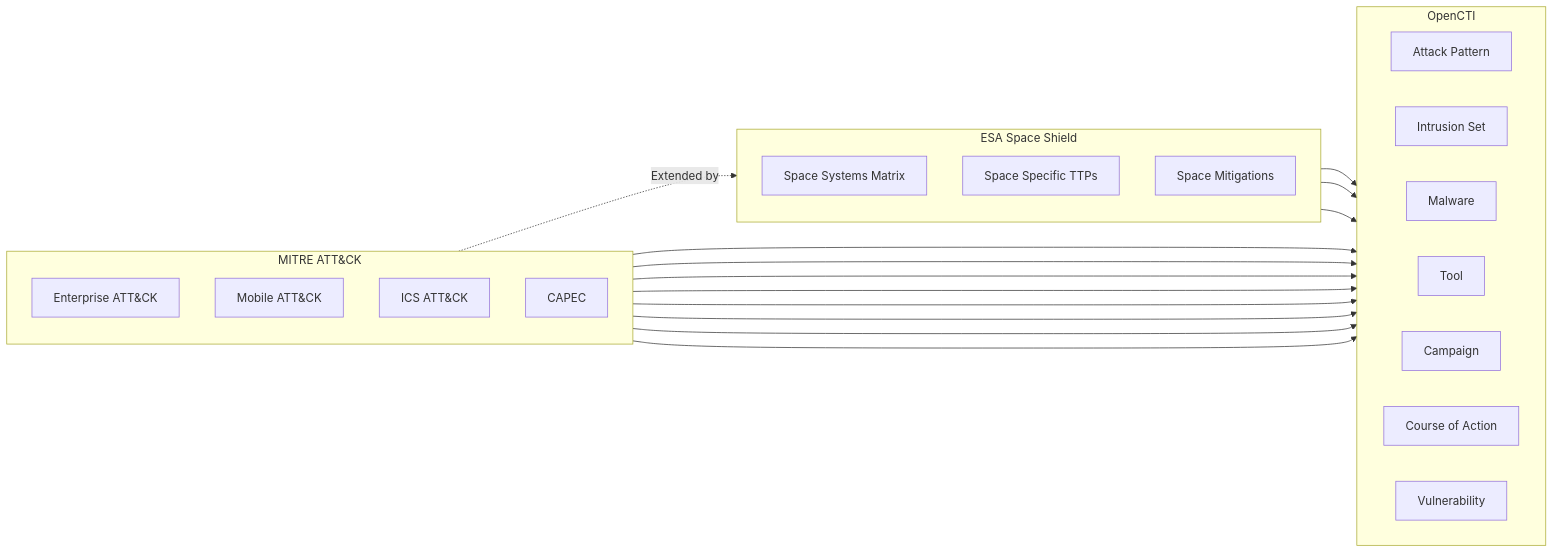
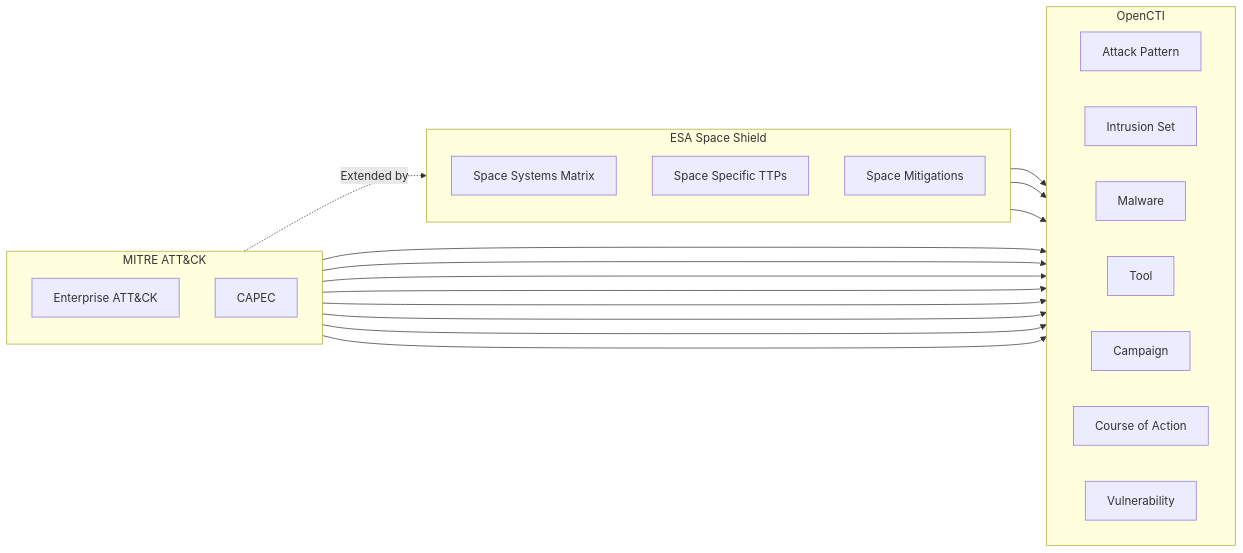
Before and after one commit to SERLABUniba/opencti_connector_spaceshield: the diagram in README.md, drawn with Mermaid.

````diff
--- a/README.md
+++ b/README.md
@@ -148,49 +148,47 @@
 ```mermaid
 graph LR
     subgraph MITRE_GitHub [MITRE ATT&CK]
         direction TB
         Enterprise[Enterprise ATT&CK]
-        Mobile[Mobile ATT&CK]
-        ICS[ICS ATT&CK]
         CAPEC[CAPEC]
     end
 
     subgraph ESA_SpaceShield [ESA Space Shield]
         direction TB
         SpaceMatrix[Space Systems Matrix]
         SpaceTechniques[Space Specific TTPs]
         SpaceMitigations[Space Mitigations]
     end
 
     subgraph OpenCTI_Entities [OpenCTI]
         direction LR
         AttackPattern[Attack Pattern]
         IntrusionSet[Intrusion Set]
         Malware[Malware]
         Tool[Tool]
         Campaign[Campaign]
         Course[Course of Action]
         Vulnerability[Vulnerability]
     end
 
     %% Heredity
     Enterprise -.-> |"Extended by"| SpaceMatrix
     
     %% Mapping MITRE -> OpenCTI
     Enterprise --> AttackPattern
     Enterprise --> IntrusionSet
     Enterprise --> Malware
     Enterprise --> Tool
     Enterprise --> Campaign
     Enterprise --> Course
     CAPEC --> AttackPattern
     CAPEC --> Vulnerability
 
     %% Mapping Space Shield -> OpenCTI
     SpaceMatrix --> AttackPattern
     SpaceTechniques --> AttackPattern
     SpaceMitigations --> Course
     
     
 
 ```
````
